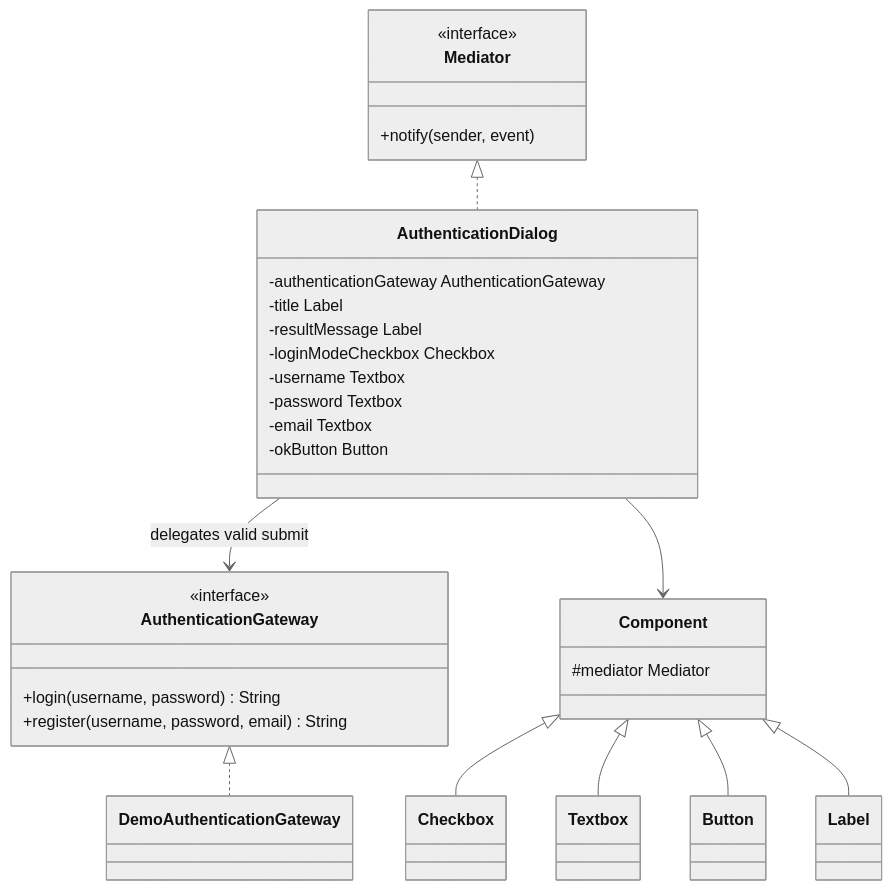
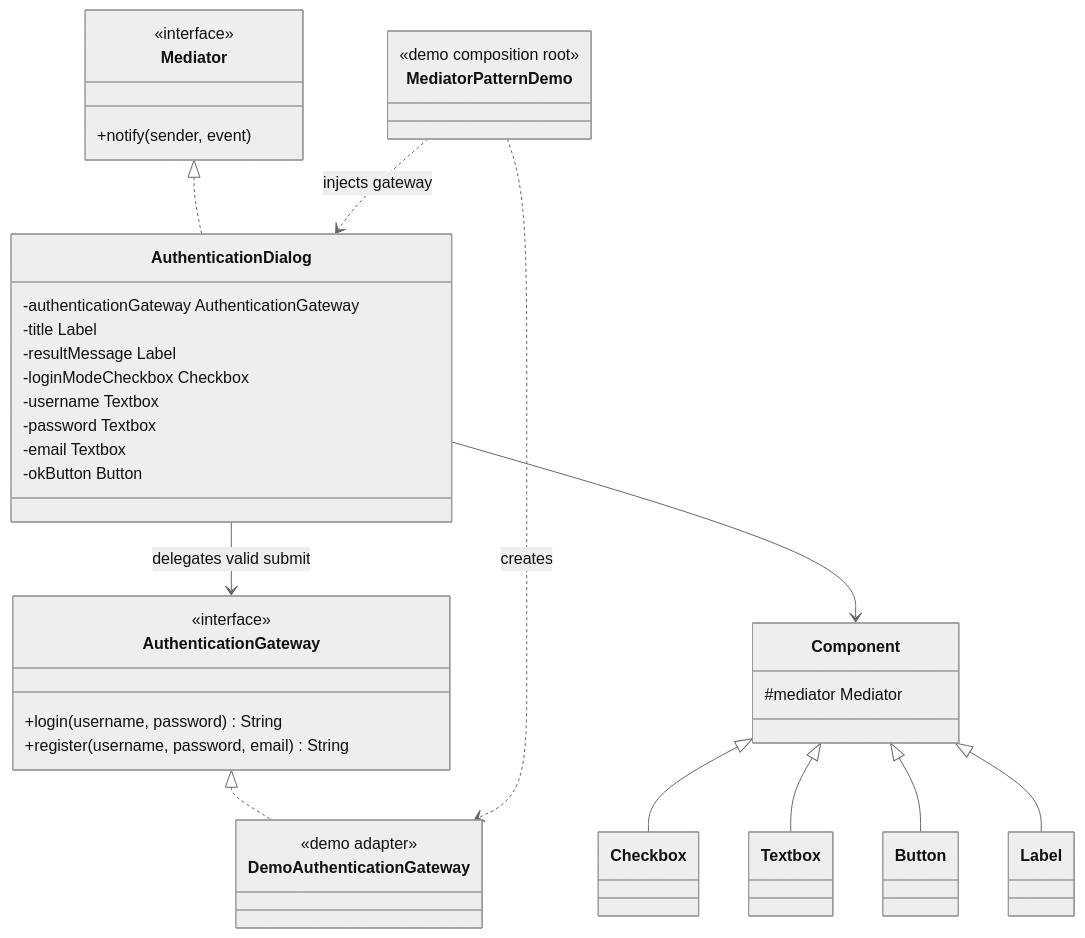
Before and after one commit to TunahanCan/design_pattern: the first of 2 diagrams in src/main/java/com/can/behavirol/mediator/explain/mediator.md, drawn with Mermaid (neutral theme). The commit also changed other lines of this file and 86 other files, not shown here.

````diff
--- a/src/main/java/com/can/behavirol/mediator/explain/mediator.md
+++ b/src/main/java/com/can/behavirol/mediator/explain/mediator.md
@@ -92,34 +101,41 @@
 ```mermaid
 classDiagram
     class Mediator {
         <<interface>>
         +notify(sender, event)
     }
     class AuthenticationDialog {
         -authenticationGateway AuthenticationGateway
         -title Label
         -resultMessage Label
         -loginModeCheckbox Checkbox
         -username Textbox
         -password Textbox
         -email Textbox
         -okButton Button
     }
     class AuthenticationGateway {
         <<interface>>
         +login(username, password) String
         +register(username, password, email) String
     }
-    class DemoAuthenticationGateway
+    class DemoAuthenticationGateway {
+        <<demo adapter>>
+    }
+    class MediatorPatternDemo {
+        <<demo composition root>>
+    }
     class Component {
         #mediator Mediator
     }
     Mediator <|.. AuthenticationDialog
     AuthenticationGateway <|.. DemoAuthenticationGateway
     AuthenticationDialog --> AuthenticationGateway : delegates valid submit
+    MediatorPatternDemo ..> DemoAuthenticationGateway : creates
+    MediatorPatternDemo ..> AuthenticationDialog : injects gateway
     Component <|-- Checkbox
     Component <|-- Textbox
     Component <|-- Button
     Component <|-- Label
     AuthenticationDialog --> Component
 ```
````
